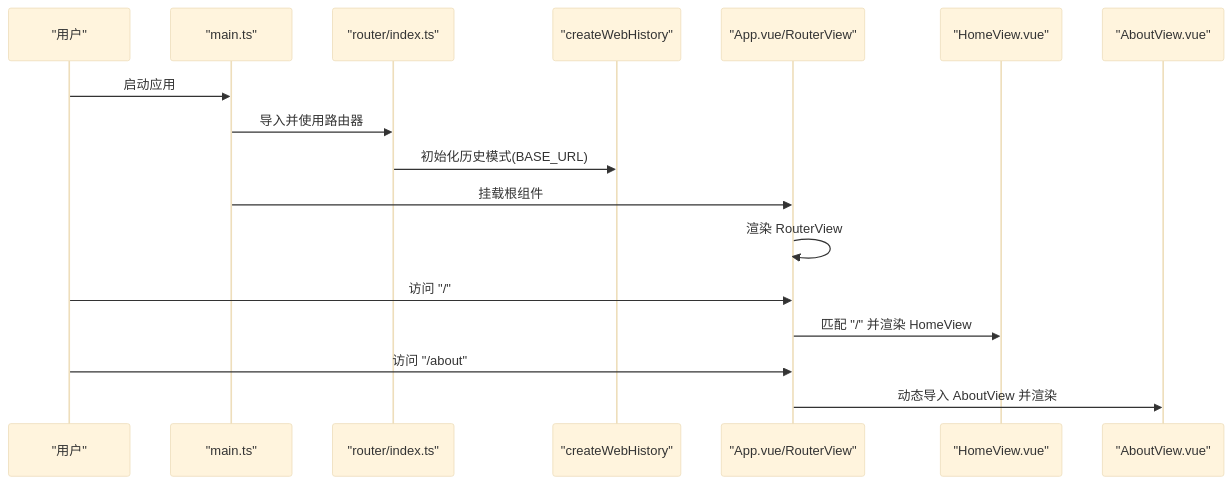
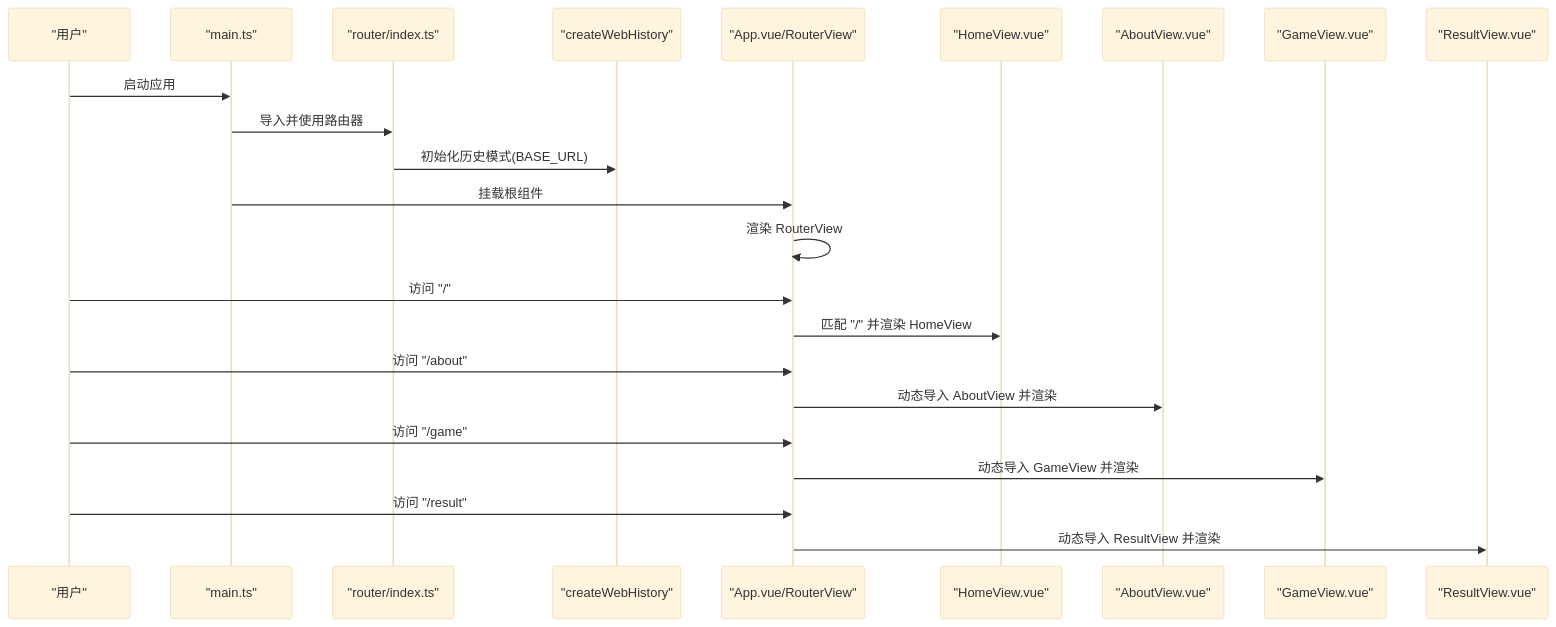
One commit to iazrael/feihua-ling changed the second of 3 diagrams in .qoder/repowiki/zh/content/前端架构/路由配置.md. Above: the diagram before and after it, drawn with Mermaid (base theme). The commit also changed other lines of this file and 10 other files, not shown here.

````diff
--- a/.qoder/repowiki/zh/content/前端架构/路由配置.md
+++ b/.qoder/repowiki/zh/content/前端架构/路由配置.md
@@ -82,19 +94,25 @@
 ```mermaid
 sequenceDiagram
 participant U as "用户"
 participant M as "main.ts"
 participant R as "router/index.ts"
 participant H as "createWebHistory"
 participant V as "App.vue/RouterView"
 participant Hm as "HomeView.vue"
 participant Ab as "AboutView.vue"
+participant Gm as "GameView.vue"
+participant Rs as "ResultView.vue"
 U->>M : 启动应用
 M->>R : 导入并使用路由器
 R->>H : 初始化历史模式(BASE_URL)
 M->>V : 挂载根组件
 V->>V : 渲染 RouterView
 U->>V : 访问 "/"
 V->>Hm : 匹配 "/" 并渲染 HomeView
 U->>V : 访问 "/about"
 V->>Ab : 动态导入 AboutView 并渲染
+U->>V : 访问 "/game"
+V->>Gm : 动态导入 GameView 并渲染
+U->>V : 访问 "/result"
+V->>Rs : 动态导入 ResultView 并渲染
 ```
````
